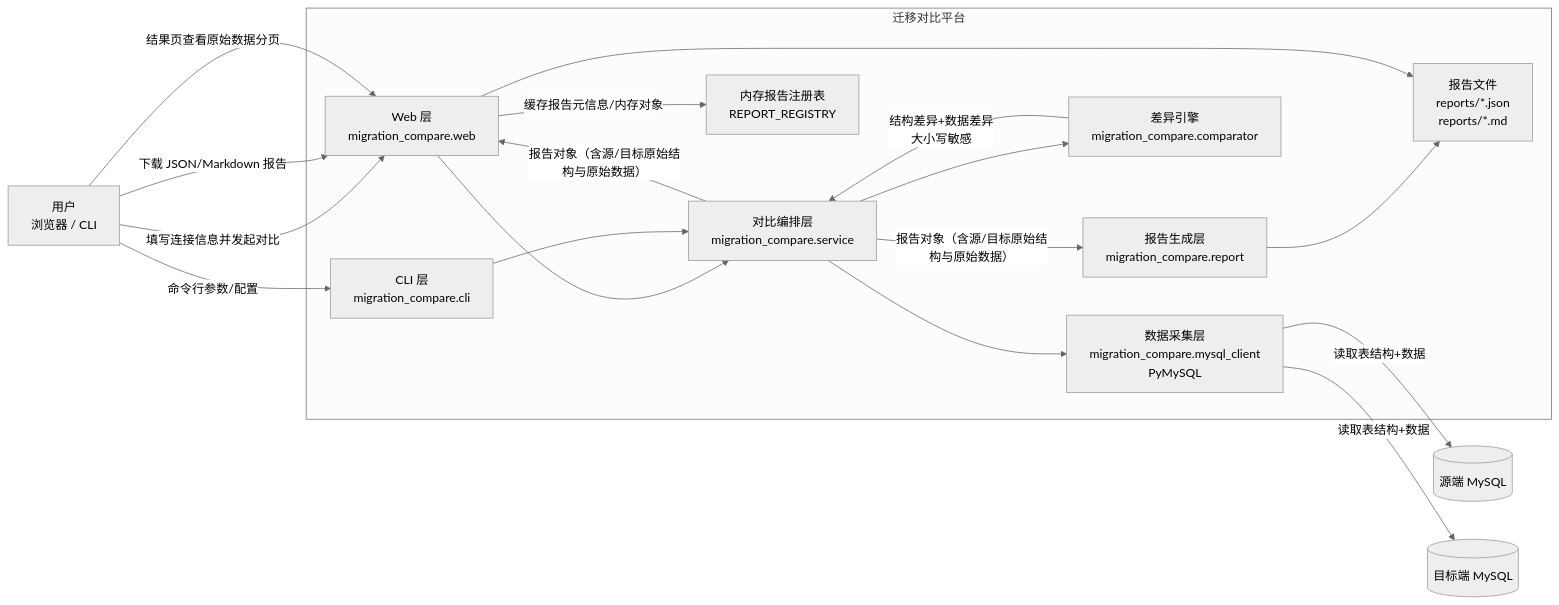
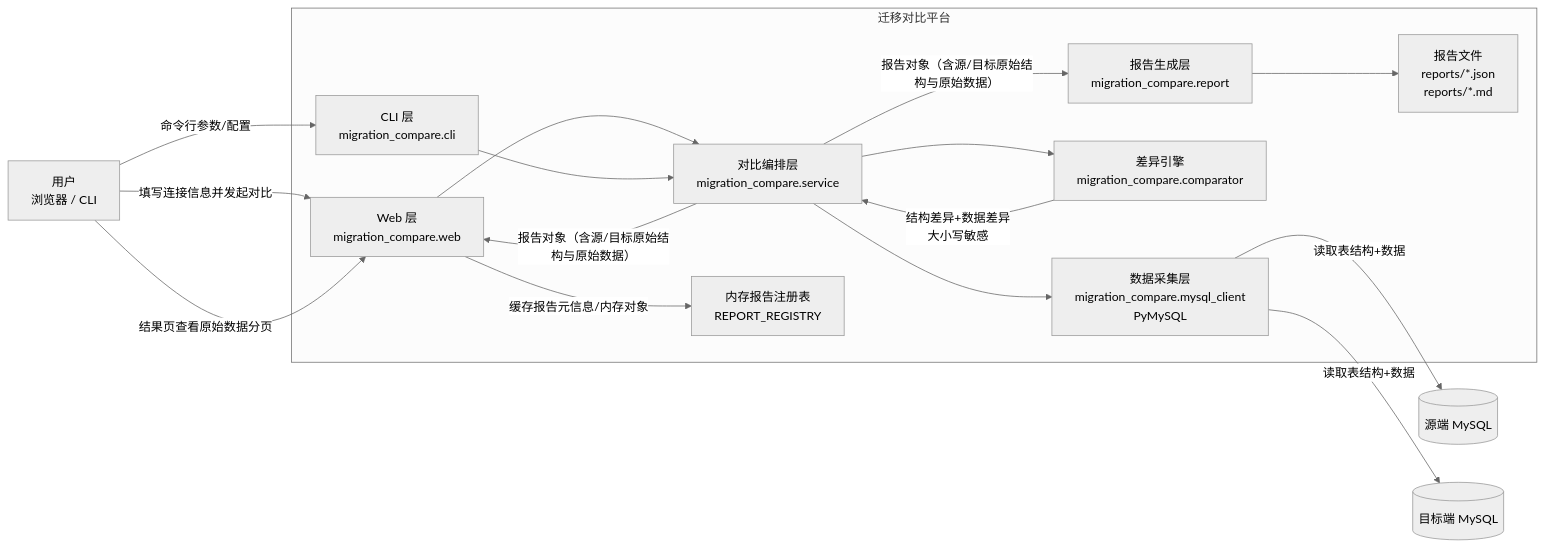
One commit to fei-fei-yang/hello-world changed the first of 2 diagrams in README.md. Above: the diagram before and after it, drawn with Mermaid (neutral theme). The commit also changed other lines of this file and 3 other files, not shown here.

````diff
--- a/README.md
+++ b/README.md
@@ -22,38 +22,36 @@
 ```mermaid
 flowchart LR
     U[用户<br/>浏览器 / CLI]
 
     subgraph APP[迁移对比平台]
       WEB[Web 层<br/>migration_compare.web]
       CLI[CLI 层<br/>migration_compare.cli]
       SERVICE[对比编排层<br/>migration_compare.service]
       MYSQL_CLIENT[数据采集层<br/>migration_compare.mysql_client<br/>PyMySQL]
       COMPARATOR[差异引擎<br/>migration_compare.comparator]
       REPORT[报告生成层<br/>migration_compare.report]
       STORE[报告文件<br/>reports/*.json<br/>reports/*.md]
       MEM[内存报告注册表<br/>REPORT_REGISTRY]
     end
 
     SRC[(源端 MySQL)]
     TGT[(目标端 MySQL)]
 
     U -->|填写连接信息并发起对比| WEB
     U -->|命令行参数/配置| CLI
     WEB --> SERVICE
     CLI --> SERVICE
 
     SERVICE --> MYSQL_CLIENT
     MYSQL_CLIENT -->|读取表结构+数据| SRC
     MYSQL_CLIENT -->|读取表结构+数据| TGT
 
     SERVICE --> COMPARATOR
     COMPARATOR -->|结构差异+数据差异<br/>大小写敏感| SERVICE
 
     SERVICE -->|报告对象（含源/目标原始结构与原始数据）| WEB
     SERVICE -->|报告对象（含源/目标原始结构与原始数据）| REPORT
     REPORT --> STORE
     WEB -->|缓存报告元信息/内存对象| MEM
-    U -->|下载 JSON/Markdown 报告| WEB
-    WEB --> STORE
     U -->|结果页查看原始数据分页| WEB
 ```
````
